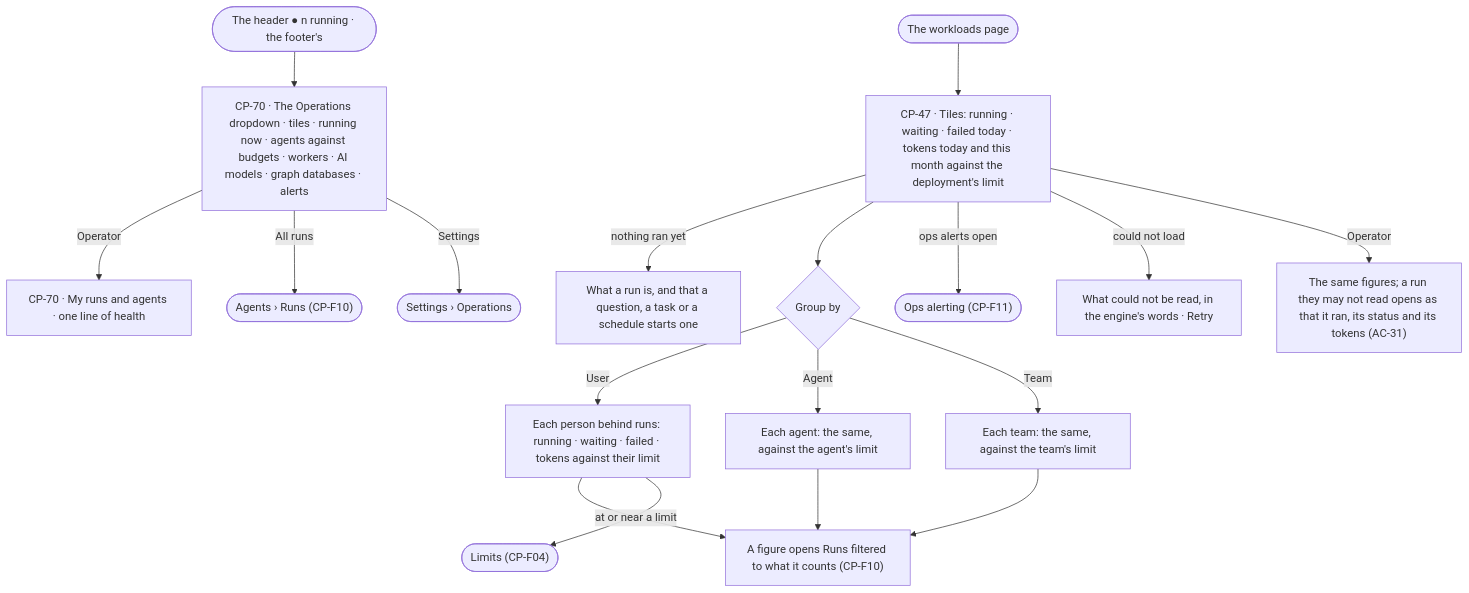
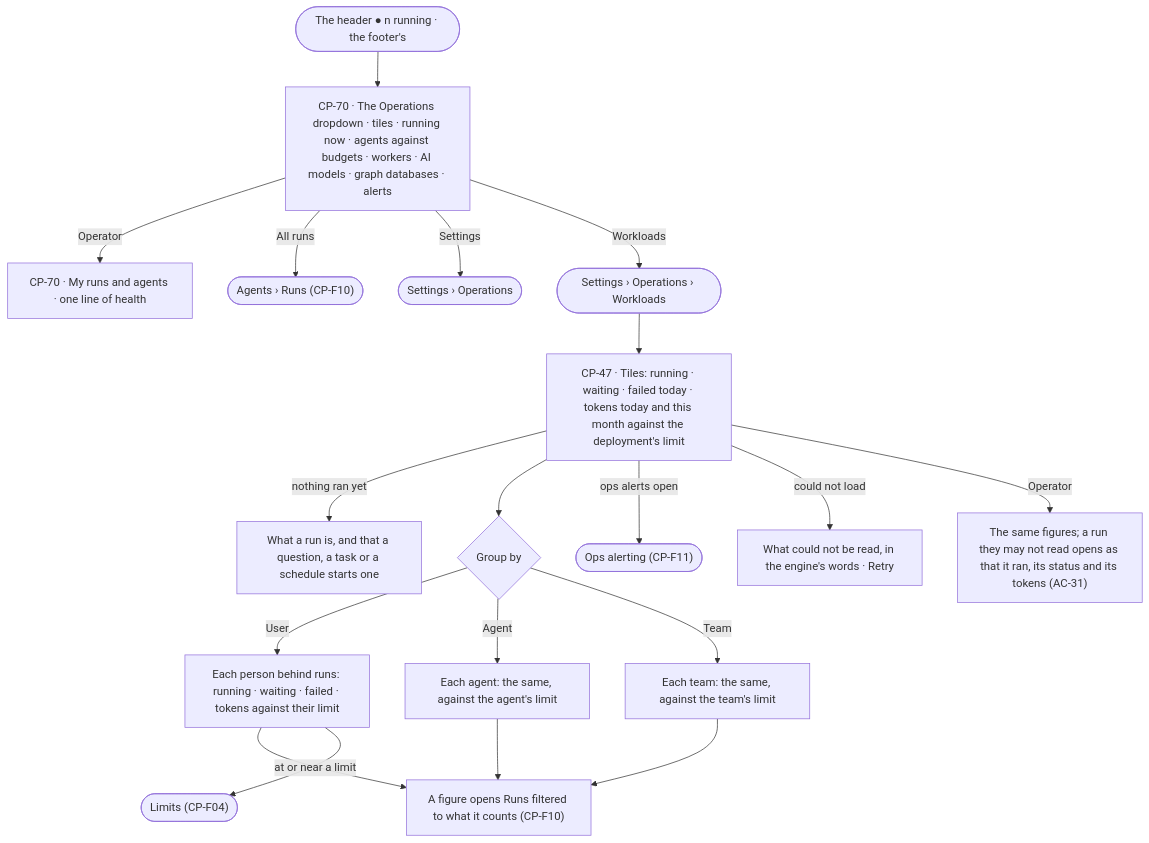
Before and after one commit to invana/invana: the diagram in specs/os/control/features/CP-F09-overview/feature.md, drawn with Mermaid. The commit also changed other lines of this file and 7 other files, not shown here.

````diff
--- a/specs/os/control/features/CP-F09-overview/feature.md
+++ b/specs/os/control/features/CP-F09-overview/feature.md
@@ -26,20 +26,21 @@
 ```mermaid
 flowchart TD
   h([The header ● n running · the footer's]) --> od["CP-70 · The Operations dropdown · tiles · running now · agents against budgets · workers · AI models · graph databases · alerts"]
   od -->|Operator| odo["CP-70 · My runs and agents · one line of health"]
   od -->|All runs| runs(["Agents › Runs (CP-F10)"])
   od -->|Settings| set(["Settings › Operations"])
-  s([The workloads page]) --> o["CP-47 · Tiles: running · waiting · failed today · tokens today and this month against the deployment's limit"]
+  od -->|Workloads| s
+  s([Settings › Operations › Workloads]) --> o["CP-47 · Tiles: running · waiting · failed today · tokens today and this month against the deployment's limit"]
   o -->|nothing ran yet| e["What a run is, and that a question, a task or a schedule starts one"]
   o --> g{"Group by"}
   g -->|User| u["Each person behind runs: running · waiting · failed · tokens against their limit"]
   g -->|Agent| a["Each agent: the same, against the agent's limit"]
   g -->|Team| t["Each team: the same, against the team's limit"]
   u --> f["A figure opens Runs filtered to what it counts (CP-F10)"]
   a --> f
   t --> f
   o -->|ops alerts open| al(["Ops alerting (CP-F11)"])
   u -->|at or near a limit| lim(["Limits (CP-F04)"])
   o -->|could not load| fl["What could not be read, in the engine's words · Retry"]
   o -->|Operator| op["The same figures; a run they may not read opens as that it ran, its status and its tokens (AC-31)"]
 ```
````
